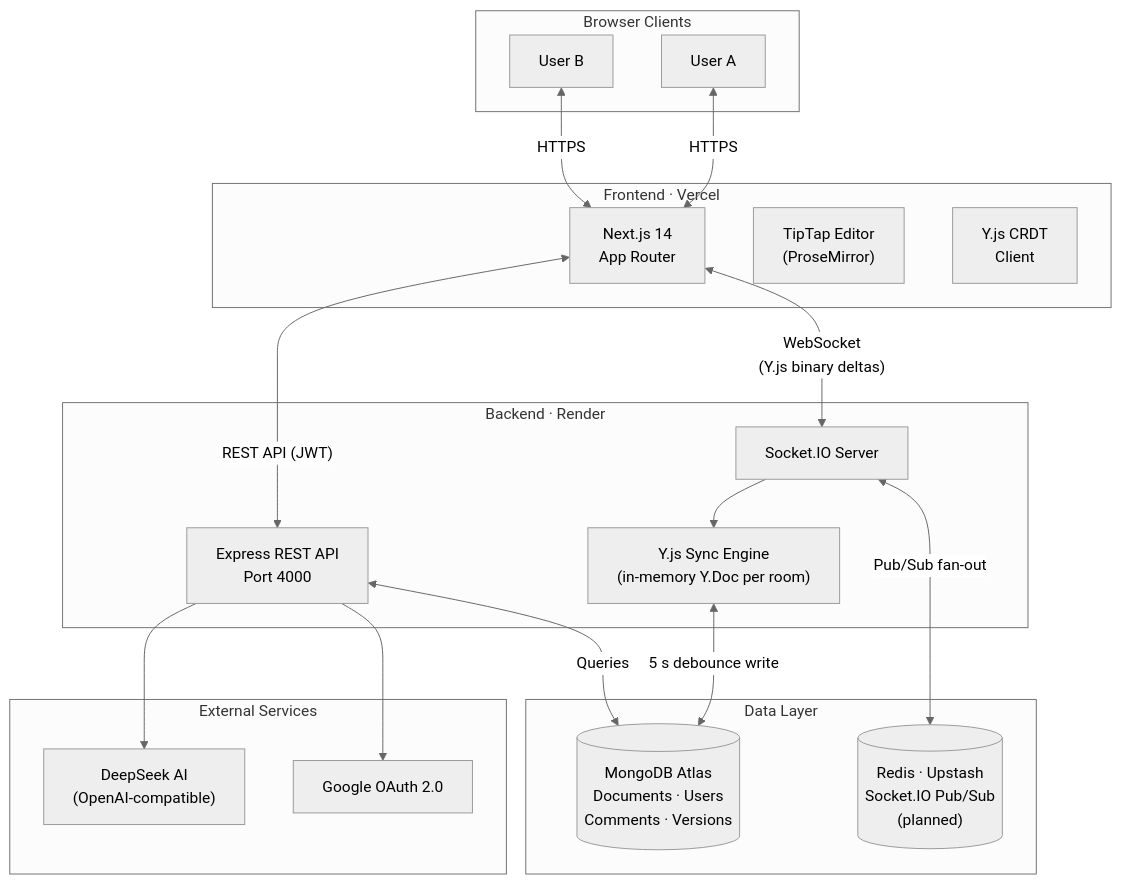
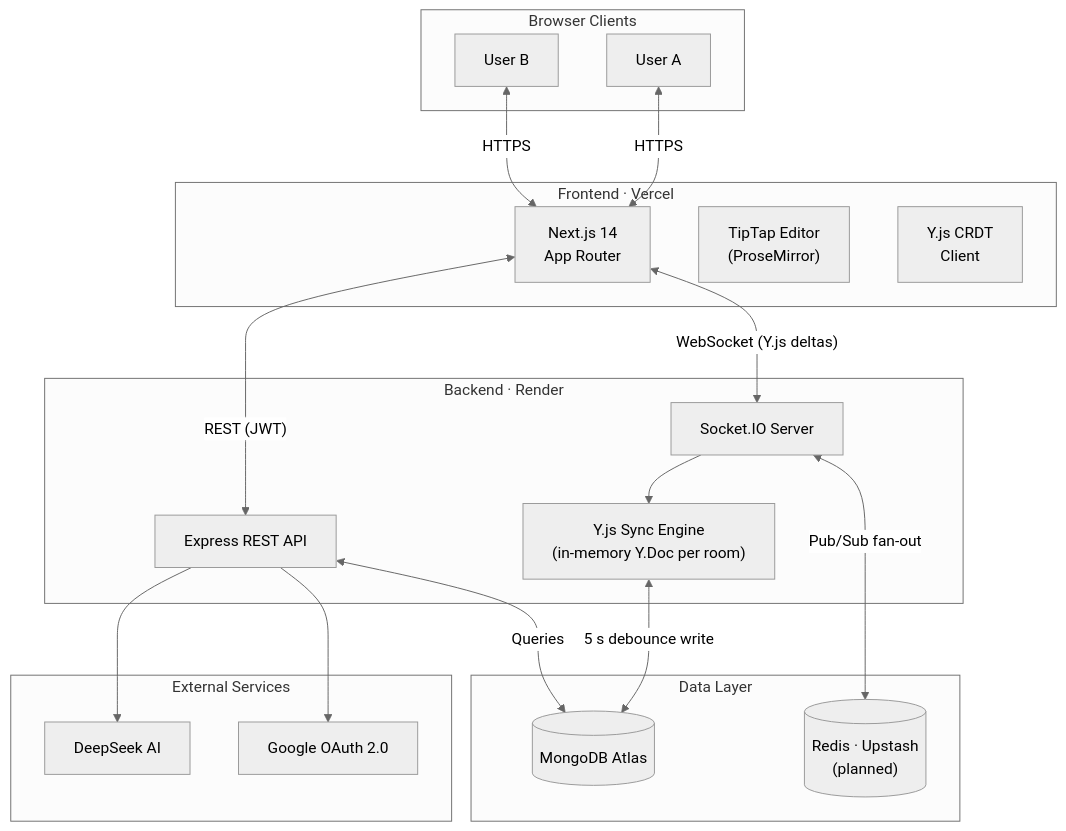
One commit to imsumit28/CollabDocs changed the diagram in README.md. Above: the diagram before and after it, drawn with Mermaid (neutral theme). The commit also changed other lines of this file and 3 other files, not shown here.

````diff
--- a/README.md
+++ b/README.md
@@ -71,40 +71,40 @@
 ```mermaid
 graph TB
     subgraph Clients["Browser Clients"]
         B1["User A"]
         B2["User B"]
     end
 
     subgraph Frontend["Frontend · Vercel"]
         NX["Next.js 14\nApp Router"]
         TE["TipTap Editor\n(ProseMirror)"]
         YC["Y.js CRDT\nClient"]
     end
 
     subgraph Backend["Backend · Render"]
-        EX["Express REST API\nPort 4000"]
+        EX["Express REST API"]
         SO["Socket.IO Server"]
         YS["Y.js Sync Engine\n(in-memory Y.Doc per room)"]
     end
 
     subgraph DataLayer["Data Layer"]
-        MG[("MongoDB Atlas\nDocuments · Users\nComments · Versions")]
-        RD[("Redis · Upstash\nSocket.IO Pub/Sub\n(planned)")]
+        MG[("MongoDB Atlas")]
+        RD[("Redis · Upstash\n(planned)")]
     end
 
     subgraph External["External Services"]
-        GR["DeepSeek AI\n(OpenAI-compatible)"]
+        GR["DeepSeek AI"]
         GO["Google OAuth 2.0"]
     end
 
     B1 <-->|HTTPS| NX
     B2 <-->|HTTPS| NX
-    NX <-->|"REST API (JWT)"| EX
-    NX <-->|"WebSocket\n(Y.js binary deltas)"| SO
+    NX <-->|"REST (JWT)"| EX
+    NX <-->|"WebSocket (Y.js deltas)"| SO
     SO --> YS
     YS <-->|"5 s debounce write"| MG
     EX <-->|Queries| MG
     SO <-->|Pub/Sub fan-out| RD
     EX --> GR
     EX --> GO
 ```
````
